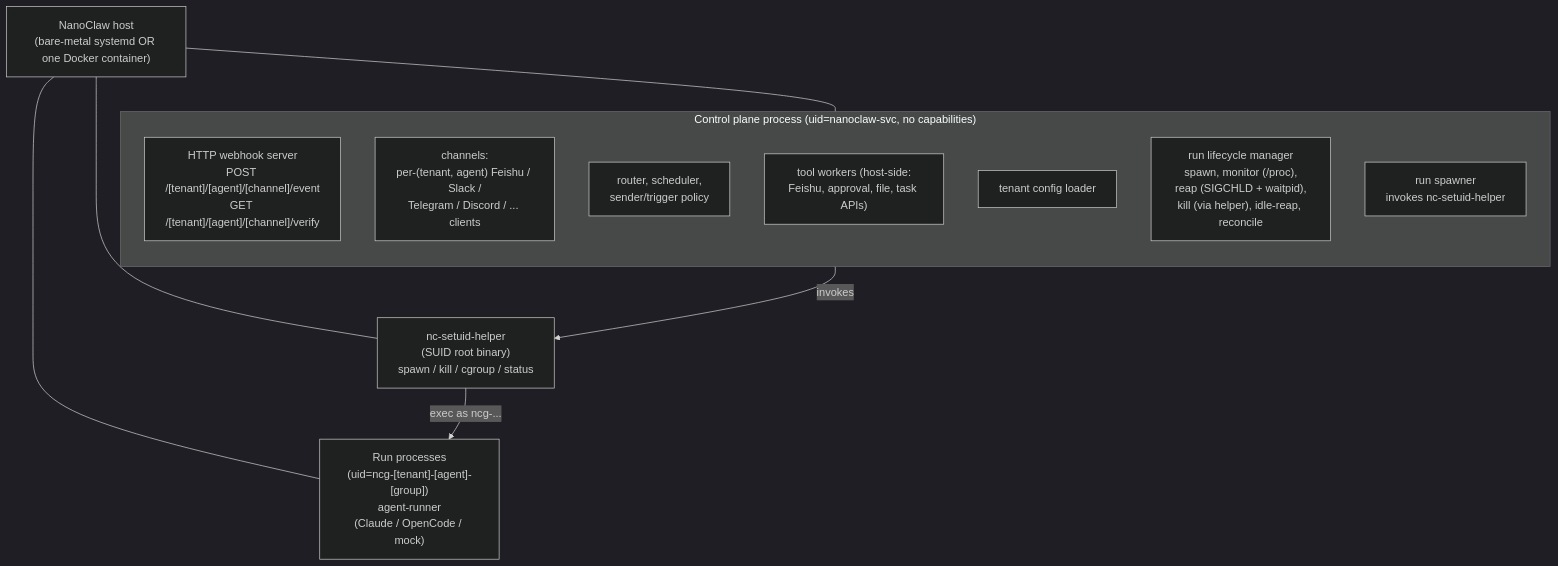
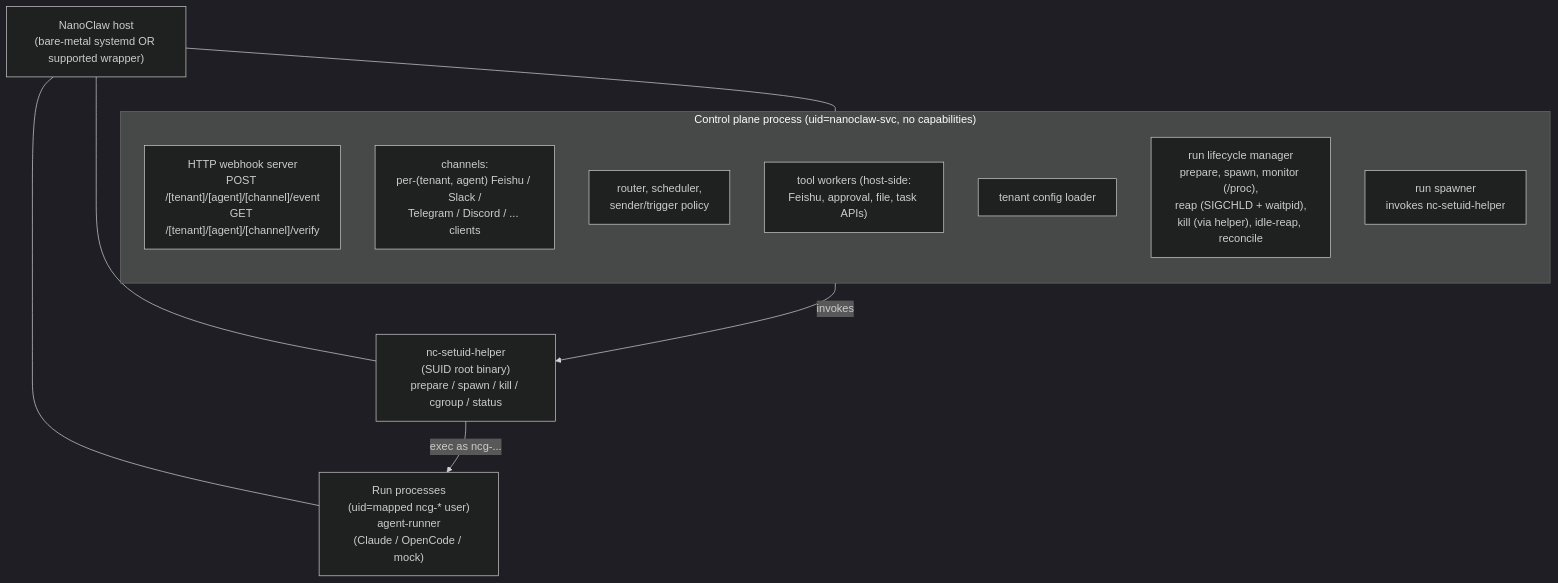
Before and after one commit to xi-qian/nanoclaw: the first of 6 diagrams in docs/runtime-rework/TARGET_ARCHITECTURE_DETAILS.md, drawn with Mermaid (dark theme). The commit also changed other lines of this file and 4 other files, not shown here.

````diff
--- a/docs/runtime-rework/TARGET_ARCHITECTURE_DETAILS.md
+++ b/docs/runtime-rework/TARGET_ARCHITECTURE_DETAILS.md
@@ -9,25 +9,25 @@
 ```mermaid
 flowchart TD
-  Host["NanoClaw host<br/>(bare-metal systemd OR one Docker container)"]
+  Host["NanoClaw host<br/>(bare-metal systemd OR supported wrapper)"]
 
   subgraph CP["Control plane process (uid=nanoclaw-svc, no capabilities)"]
     direction TB
     Webhook["HTTP webhook server<br/>POST /[tenant]/[agent]/[channel]/event<br/>GET /[tenant]/[agent]/[channel]/verify"]
     Channels["channels:<br/>per-(tenant, agent) Feishu / Slack /<br/>Telegram / Discord / ... clients"]
     Routing["router, scheduler,<br/>sender/trigger policy"]
     Tools["tool workers (host-side:<br/>Feishu, approval, file, task APIs)"]
     Loader["tenant config loader"]
-    Lifecycle["run lifecycle manager<br/>spawn, monitor (/proc),<br/>reap (SIGCHLD + waitpid),<br/>kill (via helper), idle-reap, reconcile"]
+    Lifecycle["run lifecycle manager<br/>prepare, spawn, monitor (/proc),<br/>reap (SIGCHLD + waitpid),<br/>kill (via helper), idle-reap, reconcile"]
     Spawner["run spawner<br/>invokes nc-setuid-helper"]
   end
 
-  Helper["nc-setuid-helper<br/>(SUID root binary)<br/>spawn / kill / cgroup / status"]
+  Helper["nc-setuid-helper<br/>(SUID root binary)<br/>prepare / spawn / kill / cgroup / status"]
 
-  Run["Run processes<br/>(uid=ncg-[tenant]-[agent]-[group])<br/>agent-runner<br/>(Claude / OpenCode / mock)"]
+  Run["Run processes<br/>(uid=mapped ncg-* user)<br/>agent-runner<br/>(Claude / OpenCode / mock)"]
 
   Host --- CP
   Host --- Helper
   Host --- Run
   Spawner -->|invokes| Helper
   Helper -->|exec as ncg-...| Run
 ```
````
